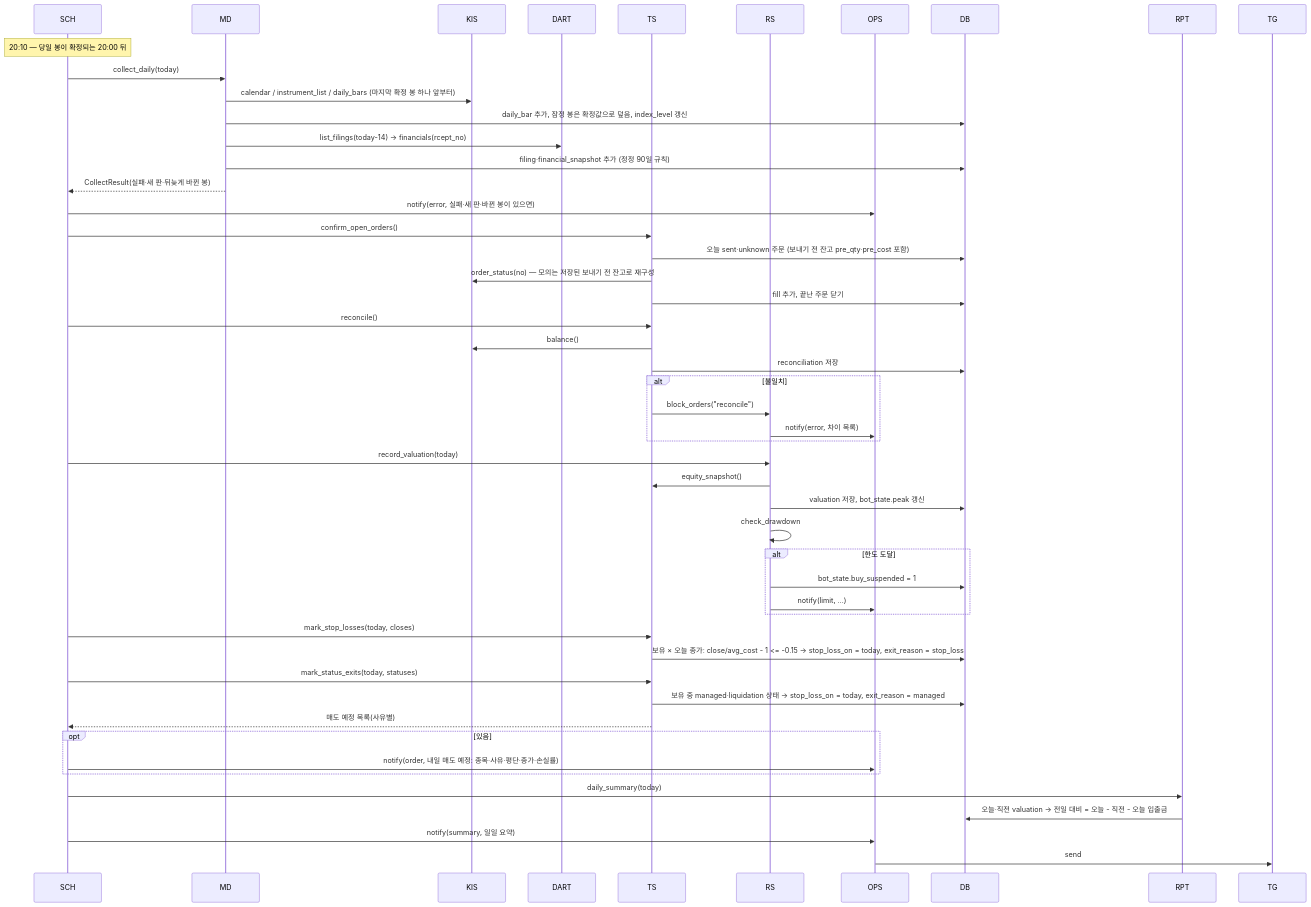
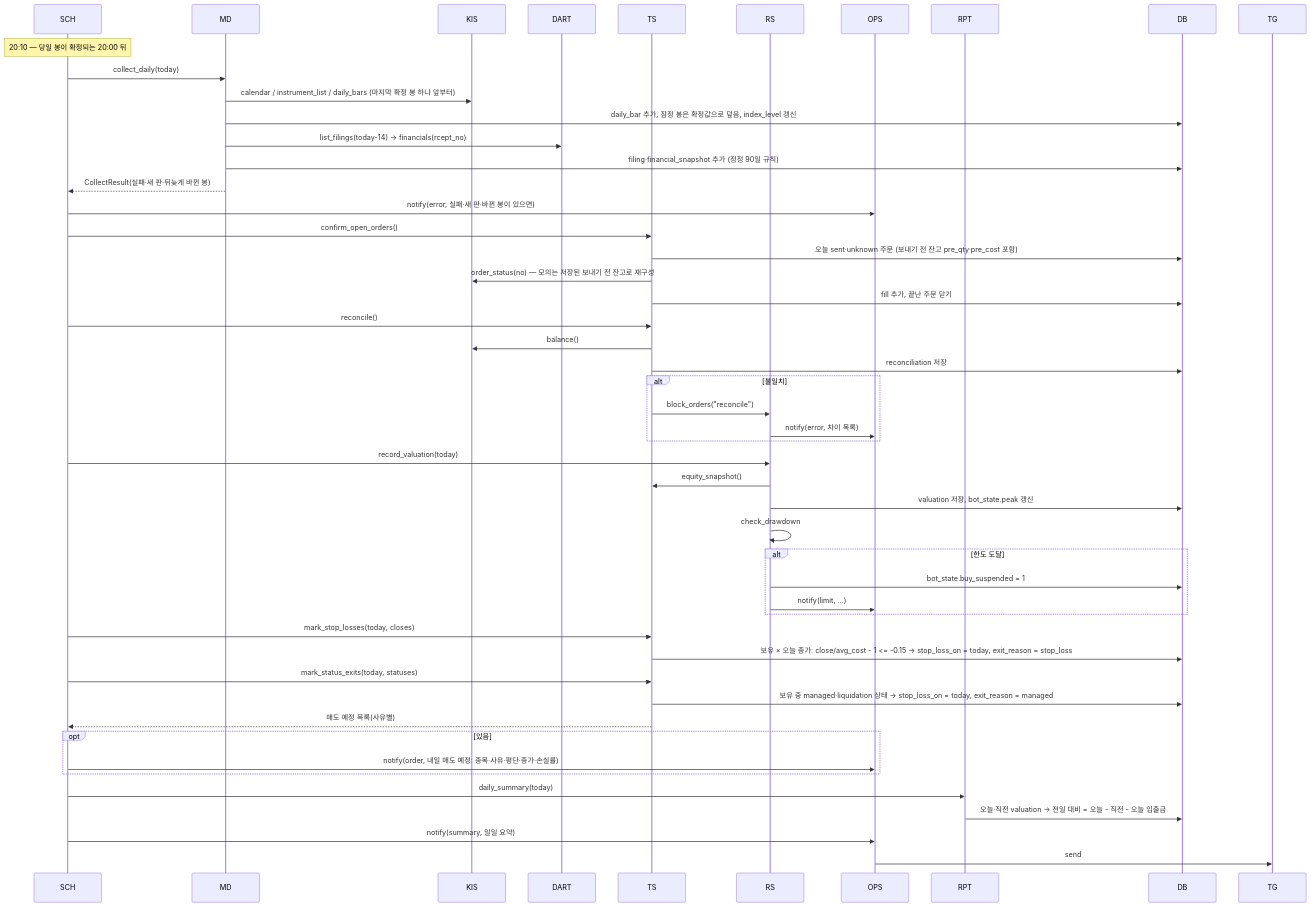
One commit to HoyoungParkme/quant-rebalance-bot changed the first of 7 diagrams in docs/specs/09-SEQ/QBOT-SEQ-001.md. Above: the diagram before and after it, drawn with Mermaid. The commit also changed other lines of this file, not shown here.

Commit message:
생명선 표에 RPT(ReportingService) 추가, SEQ-1 참여자 선언

````diff
--- a/docs/specs/09-SEQ/QBOT-SEQ-001.md
+++ b/docs/specs/09-SEQ/QBOT-SEQ-001.md
@@ -43,50 +44,51 @@
 ```mermaid
 sequenceDiagram
   participant SCH
   participant MD
   participant KIS
   participant DART
   participant TS
   participant RS
   participant OPS
+  participant RPT
   participant DB
   Note over SCH: 20:10 — 당일 봉이 확정되는 20:00 뒤
   SCH->>MD: collect_daily(today)
   MD->>KIS: calendar / instrument_list / daily_bars (마지막 확정 봉 하나 앞부터)
   MD->>DB: daily_bar 추가, 잠정 봉은 확정값으로 덮음, index_level 갱신
   MD->>DART: list_filings(today-14) → financials(rcept_no)
   MD->>DB: filing·financial_snapshot 추가 (정정 90일 규칙)
   MD-->>SCH: CollectResult(실패·새 판·뒤늦게 바뀐 봉)
   SCH->>OPS: notify(error, 실패·새 판·바뀐 봉이 있으면)
   SCH->>TS: confirm_open_orders()
   TS->>DB: 오늘 sent·unknown 주문 (보내기 전 잔고 pre_qty·pre_cost 포함)
   TS->>KIS: order_status(no) — 모의는 저장된 보내기 전 잔고로 재구성
   TS->>DB: fill 추가, 끝난 주문 닫기
   SCH->>TS: reconcile()
   TS->>KIS: balance()
   TS->>DB: reconciliation 저장
   alt 불일치
     TS->>RS: block_orders("reconcile")
     RS->>OPS: notify(error, 차이 목록)
   end
   SCH->>RS: record_valuation(today)
   RS->>TS: equity_snapshot()
   RS->>DB: valuation 저장, bot_state.peak 갱신
   RS->>RS: check_drawdown
   alt 한도 도달
     RS->>DB: bot_state.buy_suspended = 1
     RS->>OPS: notify(limit, …)
   end
   SCH->>TS: mark_stop_losses(today, closes)
   TS->>DB: 보유 × 오늘 종가: close/avg_cost - 1 <= -0.15 → stop_loss_on = today, exit_reason = stop_loss
   SCH->>TS: mark_status_exits(today, statuses)
   TS->>DB: 보유 중 managed·liquidation 상태 → stop_loss_on = today, exit_reason = managed
   TS-->>SCH: 매도 예정 목록(사유별)
   opt 있음
     SCH->>OPS: notify(order, 내일 매도 예정: 종목·사유·평단·종가·손실률)
   end
   SCH->>RPT: daily_summary(today)
   RPT->>DB: 오늘·직전 valuation → 전일 대비 = 오늘 - 직전 - 오늘 입출금
   SCH->>OPS: notify(summary, 일일 요약)
   OPS->>TG: send
 ```
````
